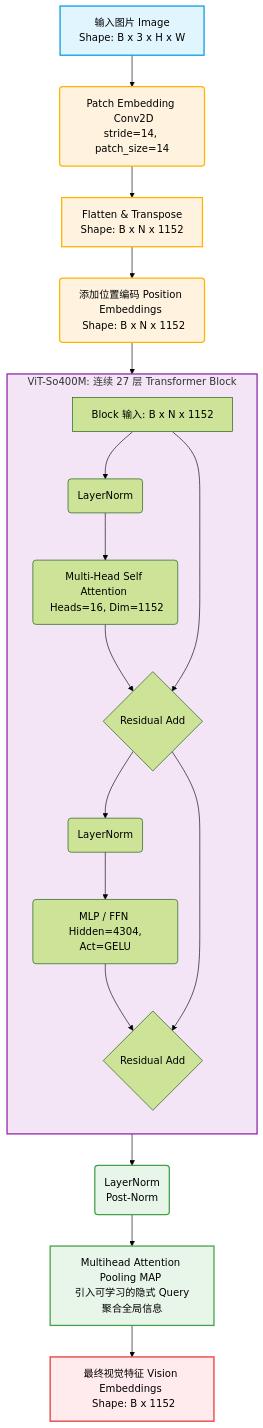
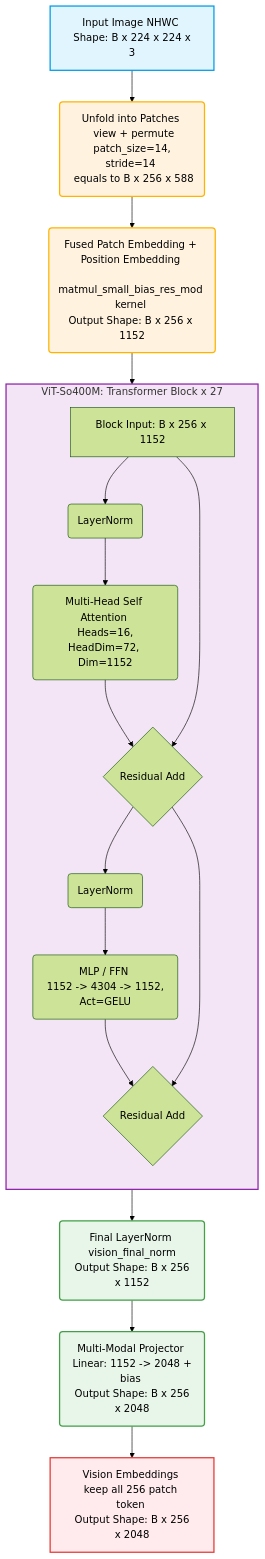
The first of 2 diagrams in Model.md (Zazzle516/openPI), drawn with Mermaid (forest theme) before and after one commit. The commit also changed other lines of this file and 1 other file, not shown here.

````diff
--- a/Model.md
+++ b/Model.md
@@ -1,35 +52,35 @@
 ```mermaid
 graph TD
     %% 定义样式
-    classDef input node,fill:#e1f5fe,stroke:#039be5,stroke-width:2px;
+    classDef input fill:#e1f5fe,stroke:#039be5,stroke-width:2px;
     classDef embed fill:#fff3e0,stroke:#ffb300,stroke-width:2px;
     classDef transformer fill:#f3e5f5,stroke:#8e24aa,stroke-width:2px;
     classDef pool fill:#e8f5e9,stroke:#43a047,stroke-width:2px;
     classDef output fill:#ffebee,stroke:#e53935,stroke-width:2px;
 
     %% 数据流
-    A[输入图片 Image <br> Shape: B x 3 x H x W]:::input --> B(Patch Embedding <br> Conv2D<br>stride=14, patch_size=14):::embed
-    B --> C[Flatten & Transpose <br> Shape: B x N x 1152]:::embed
-    C --> D(添加位置编码 Position Embeddings <br> Shape: B x N x 1152):::embed
-    
+    A[Input Image NHWC <br> Shape: B x 224 x 224 x 3]:::input --> B(Unfold into Patches <br> view + permute<br> patch_size=14, stride=14 <br> equals to B x 256 x 588):::embed
+
+    B --> C(Fused Patch Embedding + Position Embedding <br> matmul_small_bias_res_mod kernel <br>Output Shape: B x 256 x 1152):::embed
+
     %% Transformer Blocks
-    subgraph SiglipEncoder [ViT-So400M: 连续 27 层 Transformer Block]
+    subgraph SiglipEncoder [ViT-So400M: Transformer Block x 27]
         direction TB
-        E1[Block 输入: B x N x 1152] --> F1(LayerNorm)
-        F1 --> G1(Multi-Head Self Attention <br> Heads=16, Dim=1152)
+        E1[Block Input: B x 256 x 1152] --> F1(LayerNorm)
+        F1 --> G1(Multi-Head Self Attention <br> Heads=16, HeadDim=72, Dim=1152)
         G1 --> H1{Residual Add}
         E1 --> H1
-        
+
         H1 --> I1(LayerNorm)
-        I1 --> J1(MLP / FFN <br> Hidden=4304, Act=GELU)
+        I1 --> J1(MLP / FFN <br> 1152 -> 4304 -> 1152, Act=GELU)
         J1 --> K1{Residual Add}
         H1 --> K1
     end
-    
-    D --> SiglipEncoder:::transformer
-    
-    %% 输出与池化
-    SiglipEncoder --> L(LayerNorm<br>Post-Norm):::pool
-    L --> M[Multihead Attention Pooling MAP <br> 引入可学习的隐式 Query 聚合全局信息]:::pool
-    M --> N[最终视觉特征 Vision Embeddings <br> Shape: B x 1152]:::output
+
+    C --> SiglipEncoder:::transformer
+
+    %% 输出
+    SiglipEncoder --> L(Final LayerNorm <br> vision_final_norm <br> Output Shape: B x 256 x 1152):::pool
+    L --> M(Multi-Modal Projector <br> Linear: 1152 -> 2048 + bias <br> Output Shape: B x 256 x 2048):::pool
+    M --> N[Vision Embeddings keep all 256 patch token <br> Output Shape: B x 256 x 2048]:::output
 ```
````
